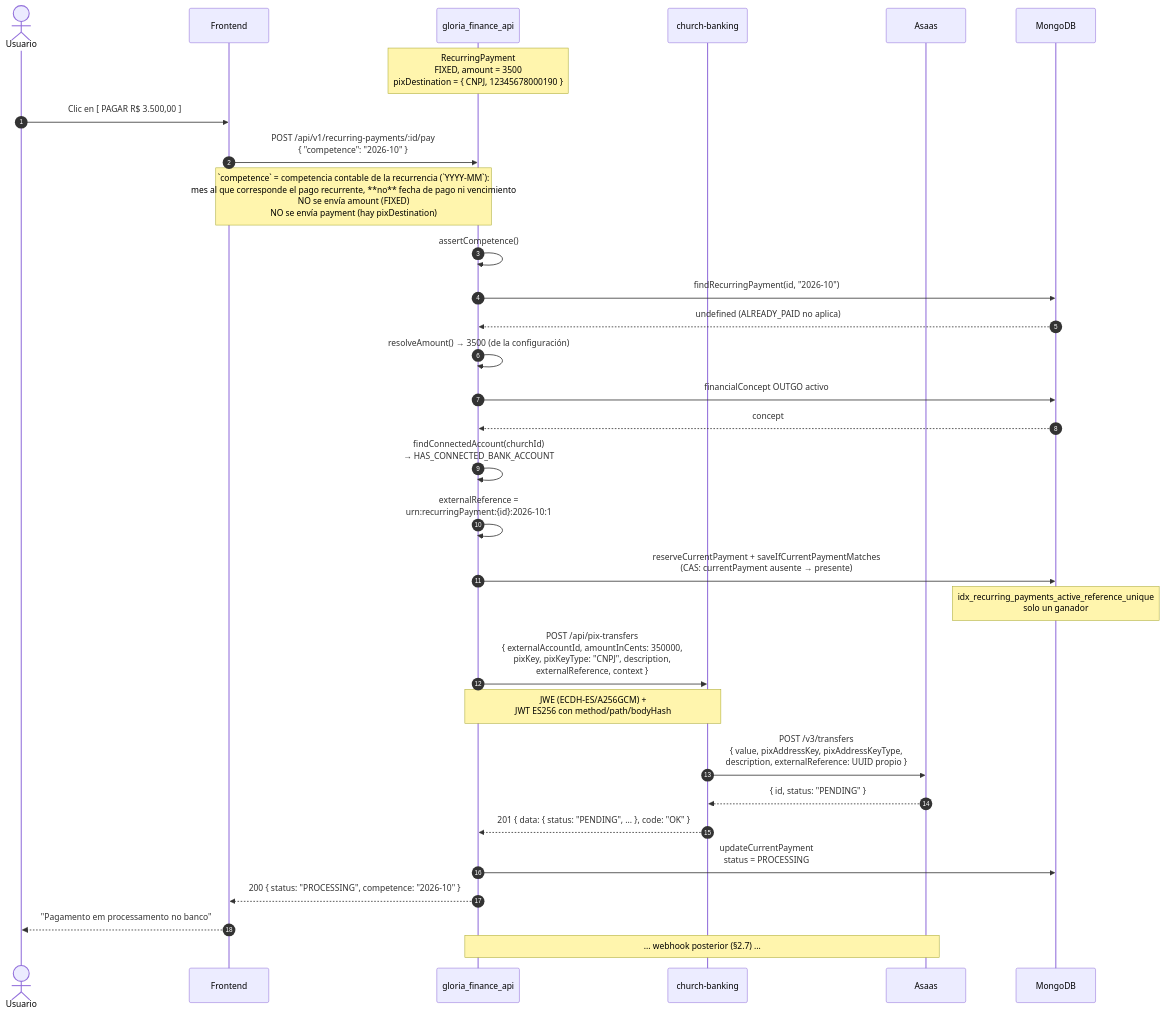
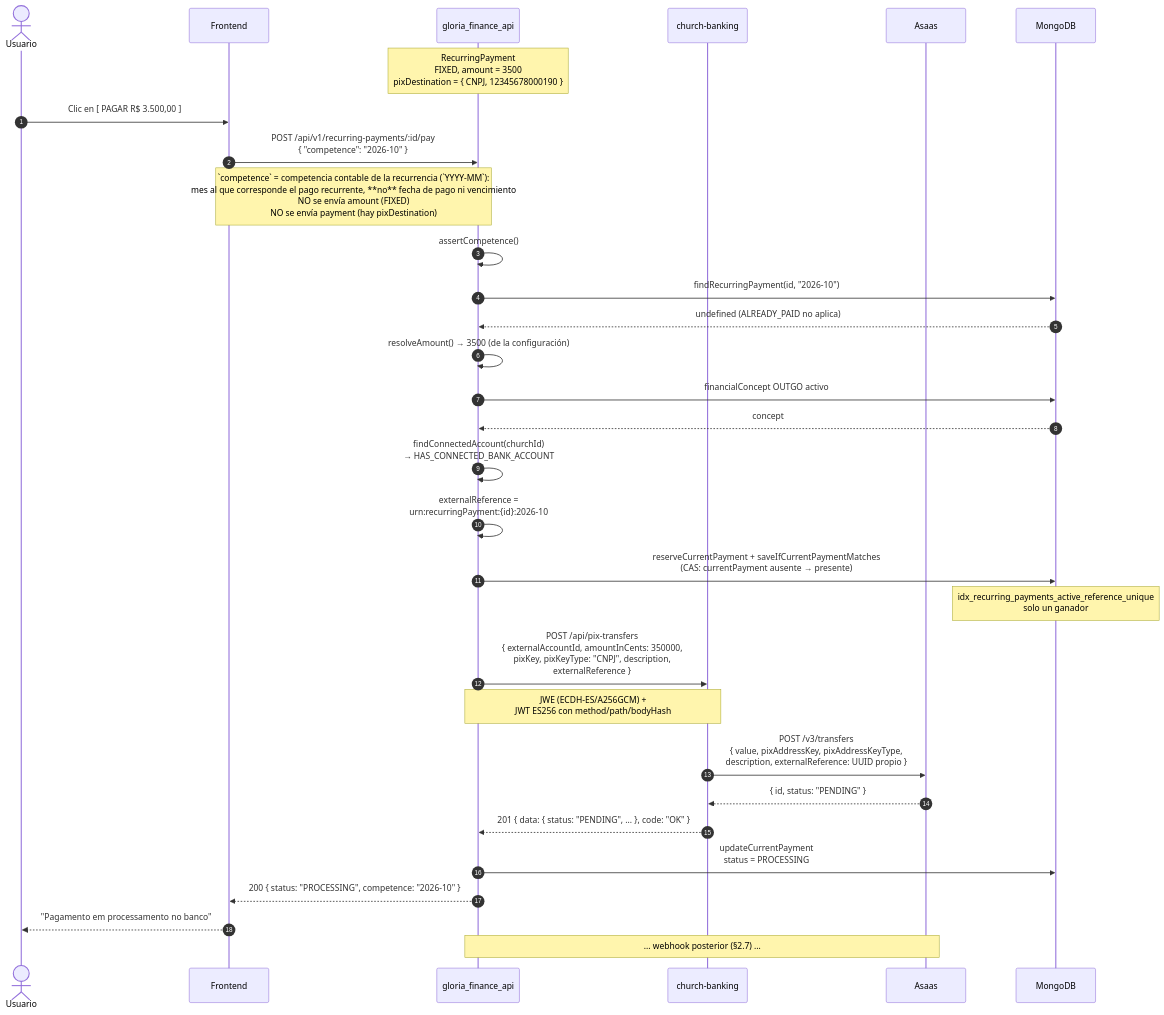
One commit to gloriafinance/gloria_finance_api changed the fourth of 18 diagrams in docs/recurring-payments-diagrams.md. Above: the diagram before and after it, drawn with Mermaid. The commit also changed other lines of this file and 23 other files, not shown here.

First line of the commit message:
feat(recurring-payments): complete bill payment UX flow

````diff
--- a/docs/recurring-payments-diagrams.md
+++ b/docs/recurring-payments-diagrams.md
@@ -212,41 +212,41 @@
 ```mermaid
 sequenceDiagram
     autonumber
     actor U as Usuario
     participant FE as Frontend
     participant API as gloria_finance_api
     participant CB as church-banking
     participant ASAAS as Asaas
     participant DB as MongoDB
 
     Note over API: RecurringPayment<br/>FIXED, amount = 3500<br/>pixDestination = { CNPJ, 12345678000190 }
 
     U->>FE: Clic en [ PAGAR R$ 3.500,00 ]
     FE->>API: POST /api/v1/recurring-payments/:id/pay<br/>{ "competence": "2026-10" }
     Note over FE,API: `competence` = competencia contable de la recurrencia (`YYYY-MM`):<br/>mes al que corresponde el pago recurrente, **no** fecha de pago ni vencimiento<br/>NO se envía amount (FIXED)<br/>NO se envía payment (hay pixDestination)
 
     API->>API: assertCompetence()
     API->>DB: findRecurringPayment(id, "2026-10")
     DB-->>API: undefined (ALREADY_PAID no aplica)
     API->>API: resolveAmount() → 3500 (de la configuración)
     API->>DB: financialConcept OUTGO activo
     DB-->>API: concept
     API->>API: findConnectedAccount(churchId)<br/>→ HAS_CONNECTED_BANK_ACCOUNT
 
-    API->>API: externalReference =<br/>urn:recurringPayment:{id}:2026-10:1
+    API->>API: externalReference =<br/>urn:recurringPayment:{id}:2026-10
     API->>DB: reserveCurrentPayment + saveIfCurrentPaymentMatches<br/>(CAS: currentPayment ausente → presente)
     Note over DB: idx_recurring_payments_active_reference_unique<br/>solo un ganador
 
-    API->>CB: POST /api/pix-transfers<br/>{ externalAccountId, amountInCents: 350000,<br/>pixKey, pixKeyType: "CNPJ", description,<br/>externalReference, context }
+    API->>CB: POST /api/pix-transfers<br/>{ externalAccountId, amountInCents: 350000,<br/>pixKey, pixKeyType: "CNPJ", description,<br/>externalReference }
     Note over API,CB: JWE (ECDH-ES/A256GCM) +<br/>JWT ES256 con method/path/bodyHash
 
     CB->>ASAAS: POST /v3/transfers<br/>{ value, pixAddressKey, pixAddressKeyType,<br/>description, externalReference: UUID propio }
     ASAAS-->>CB: { id, status: "PENDING" }
     CB-->>API: 201 { data: { status: "PENDING", ... }, code: "OK" }
 
     API->>DB: updateCurrentPayment<br/>status = PROCESSING
     API-->>FE: 200 { status: "PROCESSING", competence: "2026-10" }
     FE-->>U: "Pagamento em processamento no banco"
 
     Note over ASAAS,API: ... webhook posterior (§2.7) ...
 ```
````
